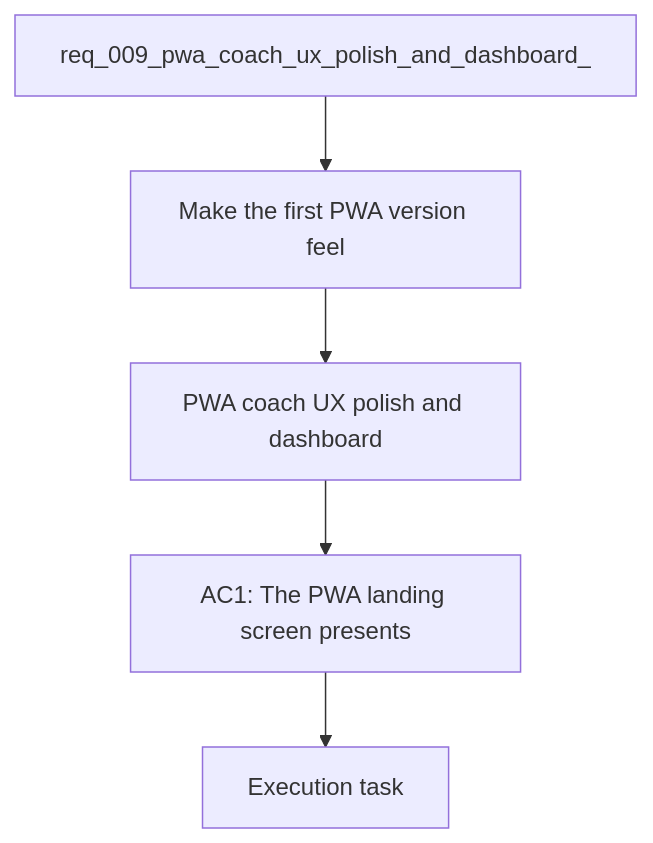
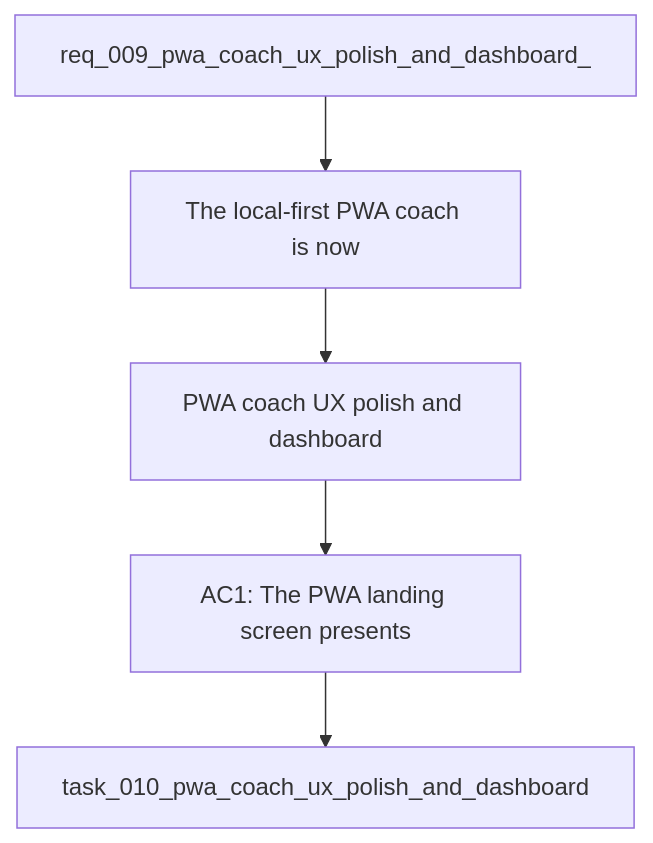
The diagram in logics/backlog/item_010_pwa_coach_ux_polish_and_dashboard_enrichment.md (Jilanos/Coach_garmin), drawn with Mermaid before and after one commit. The commit also changed other lines of this file and 86 other files, not shown here.

Commit message:
Harden chart UX and UTF-8 handling

````diff
--- a/logics/backlog/item_010_pwa_coach_ux_polish_and_dashboard_enrichment.md
+++ b/logics/backlog/item_010_pwa_coach_ux_polish_and_dashboard_enrichment.md
@@ -19,9 +19,9 @@
 ```mermaid
 %% logics-kind: backlog
 %% logics-signature: backlog|pwa-coach-ux-polish-and-dashboard-enrich|req-009-pwa-coach-ux-polish-and-dashboar|the-local-first-pwa-coach-is-now|ac1-the-pwa-landing-screen-presents
 flowchart TD
-    Request[req_009_pwa_coach_ux_polish_and_dashboard_] --> Problem[Make the first PWA version feel]
+    Request[req_009_pwa_coach_ux_polish_and_dashboard_] --> Problem[The local-first PWA coach is now]
     Problem --> Scope[PWA coach UX polish and dashboard]
     Scope --> Acceptance[AC1: The PWA landing screen presents]
-    Acceptance --> Tasks[Execution task]
+    Acceptance --> Tasks[task_010_pwa_coach_ux_polish_and_dashboard]
 ```
````
